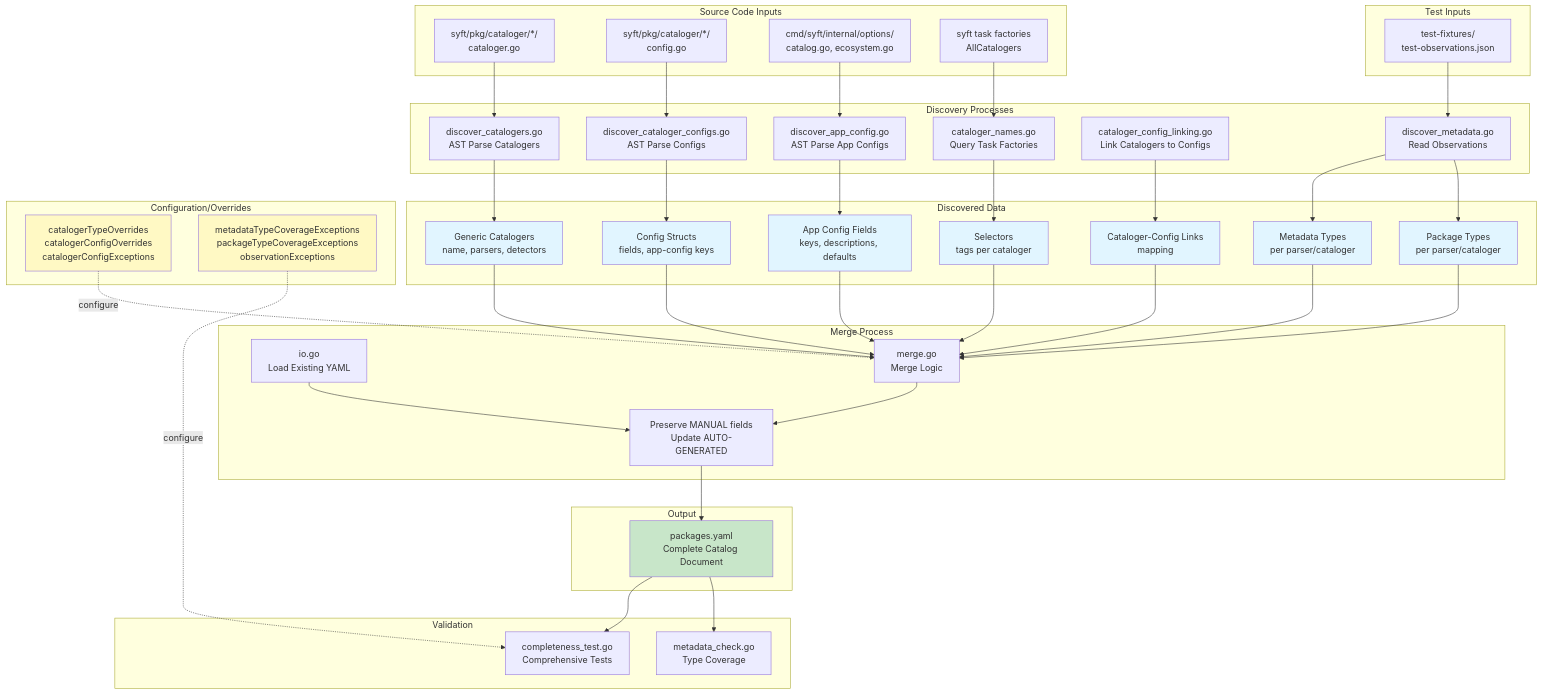
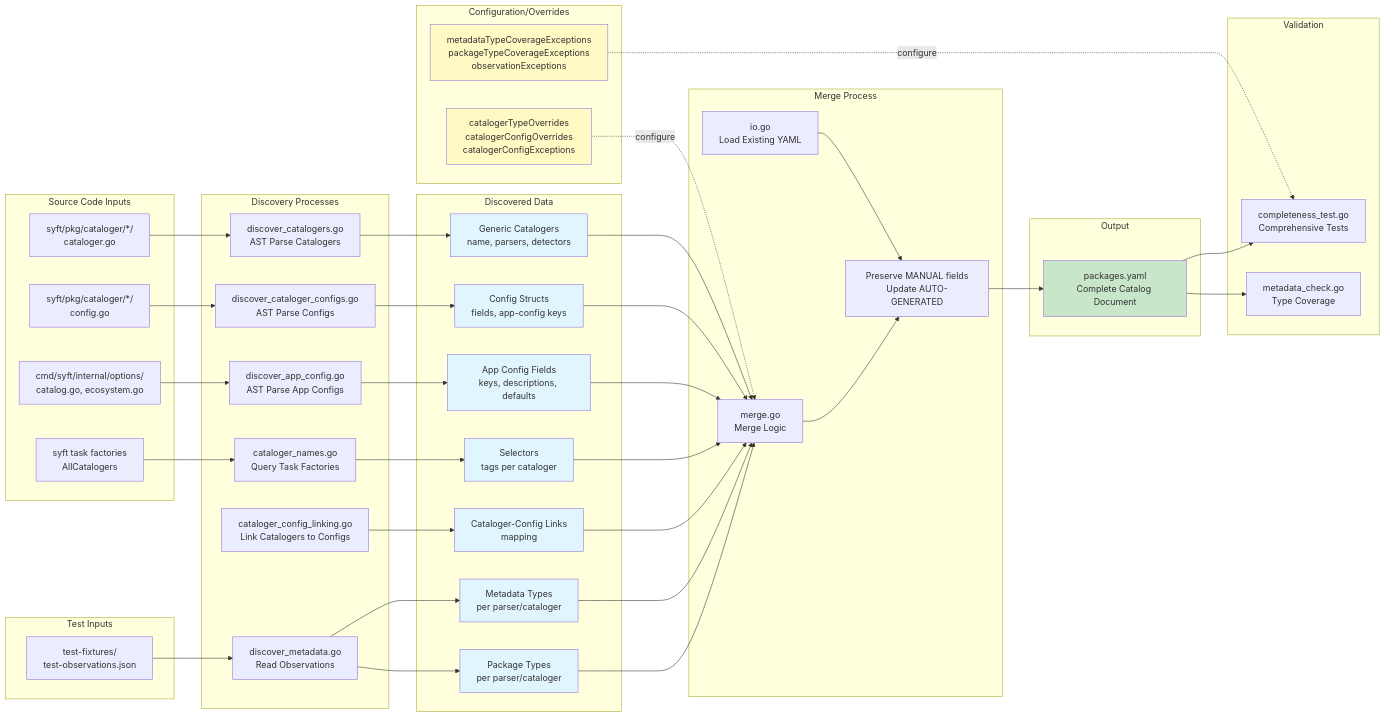
Before and after one commit to anchore/syft: the diagram in internal/capabilities/generate/README.md, drawn with Mermaid.

Commit message:
tweak diagram

````diff
--- a/internal/capabilities/generate/README.md
+++ b/internal/capabilities/generate/README.md
@@ -42,5 +42,5 @@
 ```mermaid
-graph TB
+graph LR
     subgraph "Source Code Inputs"
         A1[syft/pkg/cataloger/*/<br/>cataloger.go]
         A2[syft/pkg/cataloger/*/<br/>config.go]
@@ -72,8 +72,8 @@
     end
 
     subgraph "Configuration/Overrides"
+        E2[metadataTypeCoverageExceptions<br/>packageTypeCoverageExceptions<br/>observationExceptions]
         E1[catalogerTypeOverrides<br/>catalogerConfigOverrides<br/>catalogerConfigExceptions]
-        E2[metadataTypeCoverageExceptions<br/>packageTypeCoverageExceptions<br/>observationExceptions]
     end
 
     subgraph "Merge Process"
````
